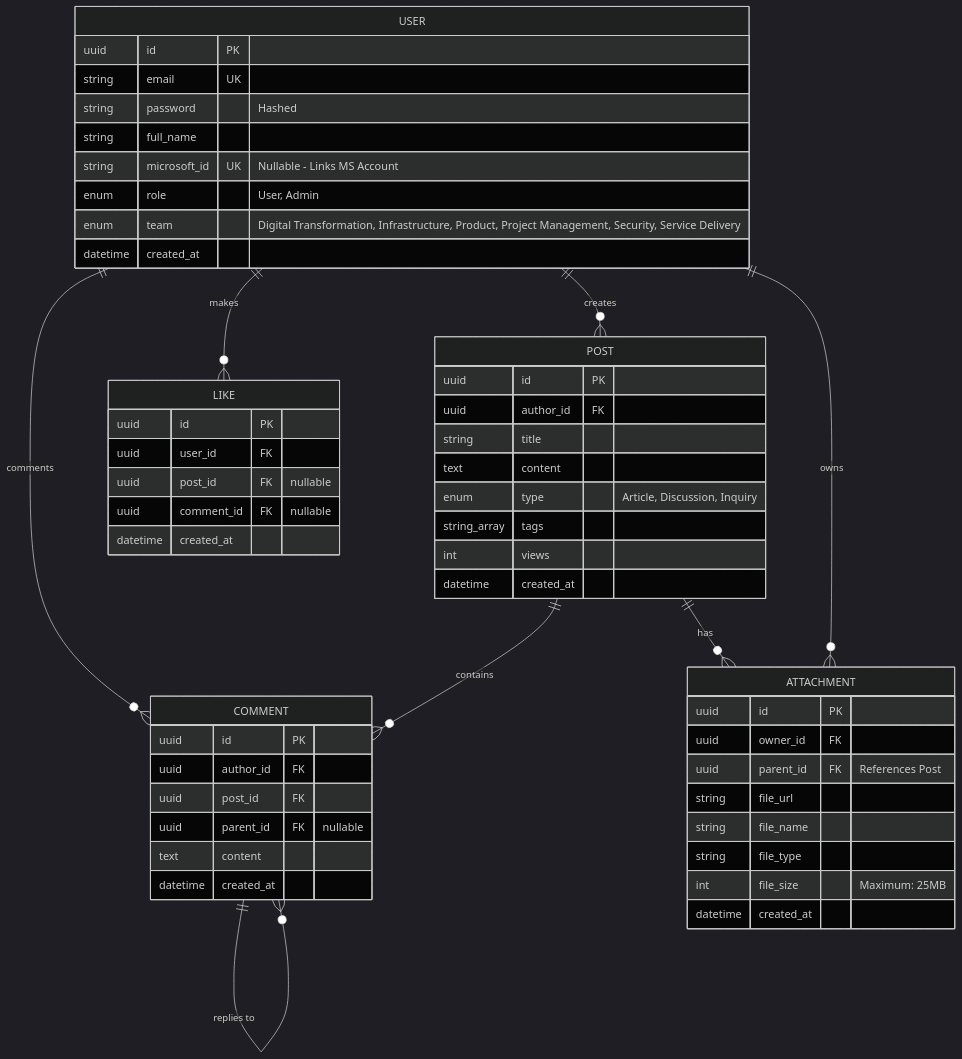
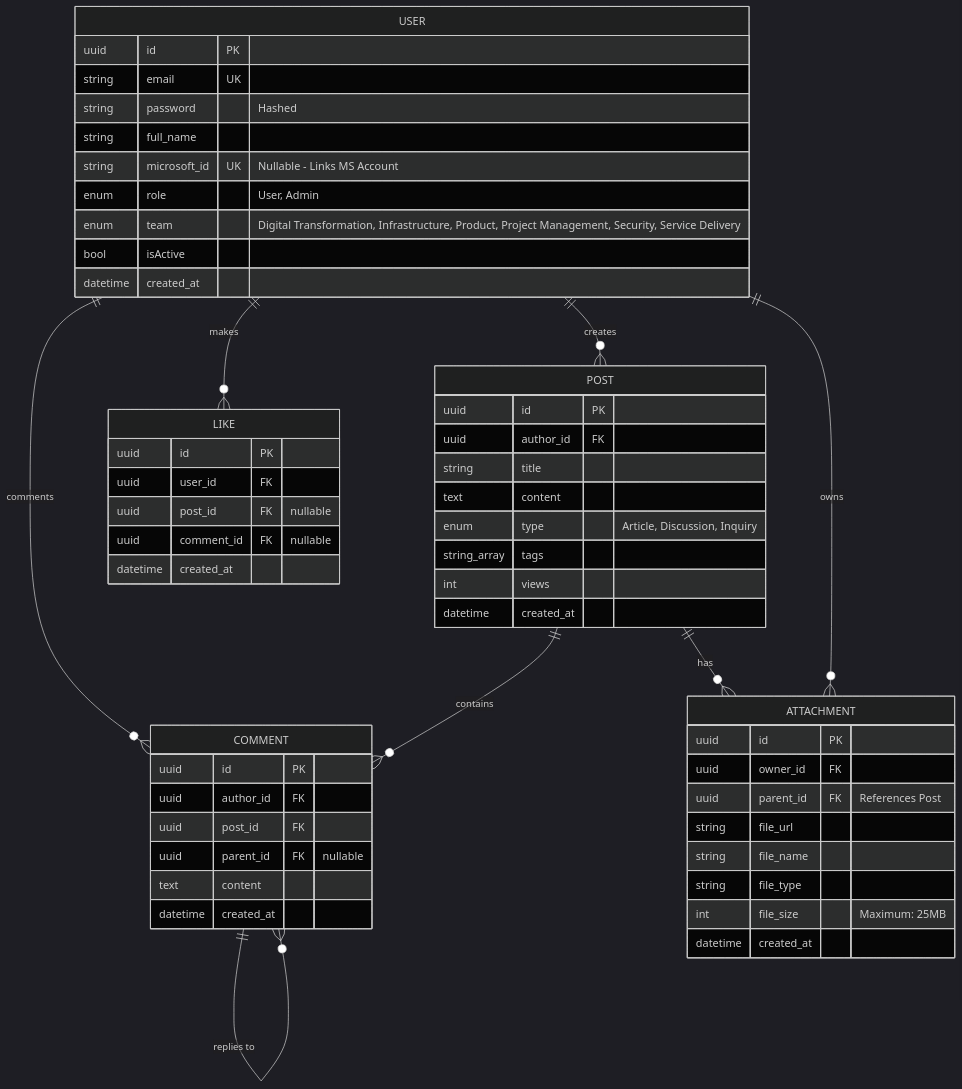
The diagram in docs/entity-relationship.md (maruvici/info-hub), drawn with Mermaid (dark theme) before and after one commit. The commit also changed 6 other files, not shown here.

````diff
--- a/docs/entity-relationship.md
+++ b/docs/entity-relationship.md
@@ -1,62 +1,63 @@
 ```mermaid
 erDiagram
     USER ||--o{ POST : "creates"
     USER ||--o{ COMMENT : "comments"
     USER ||--o{ LIKE : "makes"
     
     POST ||--o{ COMMENT : "contains"
     POST ||--o{ ATTACHMENT : "has"
     USER ||--o{ ATTACHMENT : "owns"
     
     COMMENT ||--o{ COMMENT : "replies to"
     
     USER {
         uuid id PK
         string email UK
         string password "Hashed"
         string full_name
         string microsoft_id UK "Nullable - Links MS Account"
         enum role "User, Admin"
         enum team "Digital Transformation, Infrastructure, Product, Project Management, Security, Service Delivery"
+        bool isActive 
         datetime created_at
     }
 
     POST {
         uuid id PK
         uuid author_id FK
         string title
         text content
         enum type "Article, Discussion, Inquiry"
         string_array tags
         int views
         datetime created_at
     }
 
     COMMENT {
         uuid id PK
         uuid author_id FK
         uuid post_id FK
         uuid parent_id FK "nullable"
         text content
         datetime created_at
     }
 
     LIKE {
         uuid id PK
         uuid user_id FK
         uuid post_id FK "nullable"
         uuid comment_id FK "nullable"
         datetime created_at
     }
 
     ATTACHMENT {
         uuid id PK
         uuid owner_id FK
         uuid parent_id FK "References Post"
         string file_url
         string file_name
         string file_type
         int file_size "Maximum: 25MB"
         datetime created_at
     }
 ```
````
